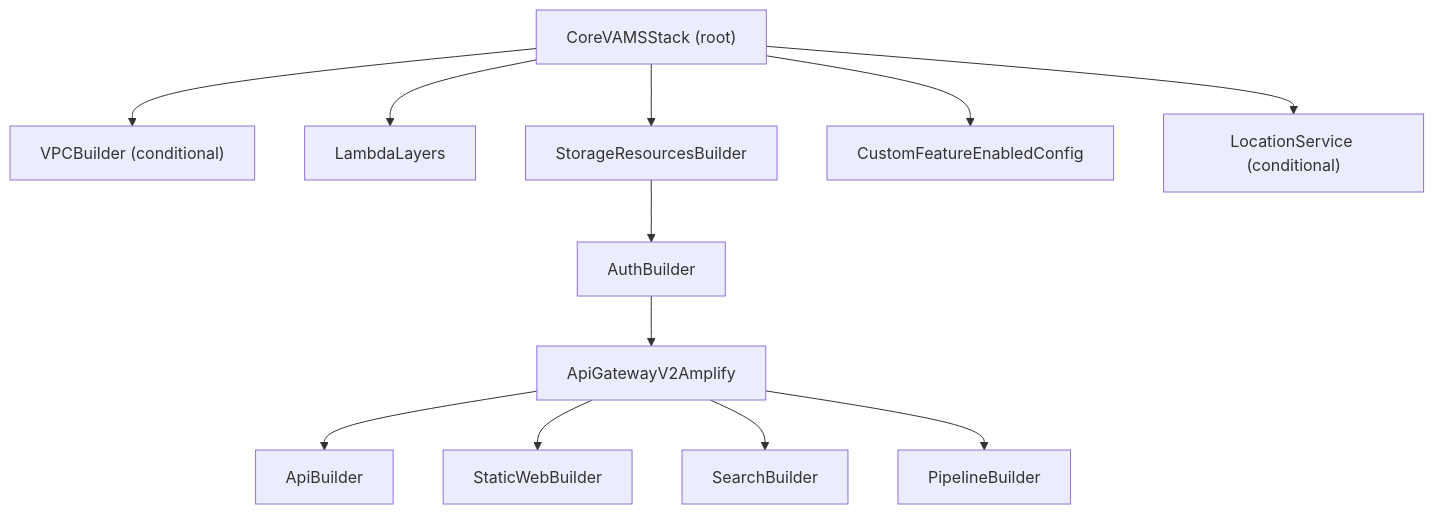
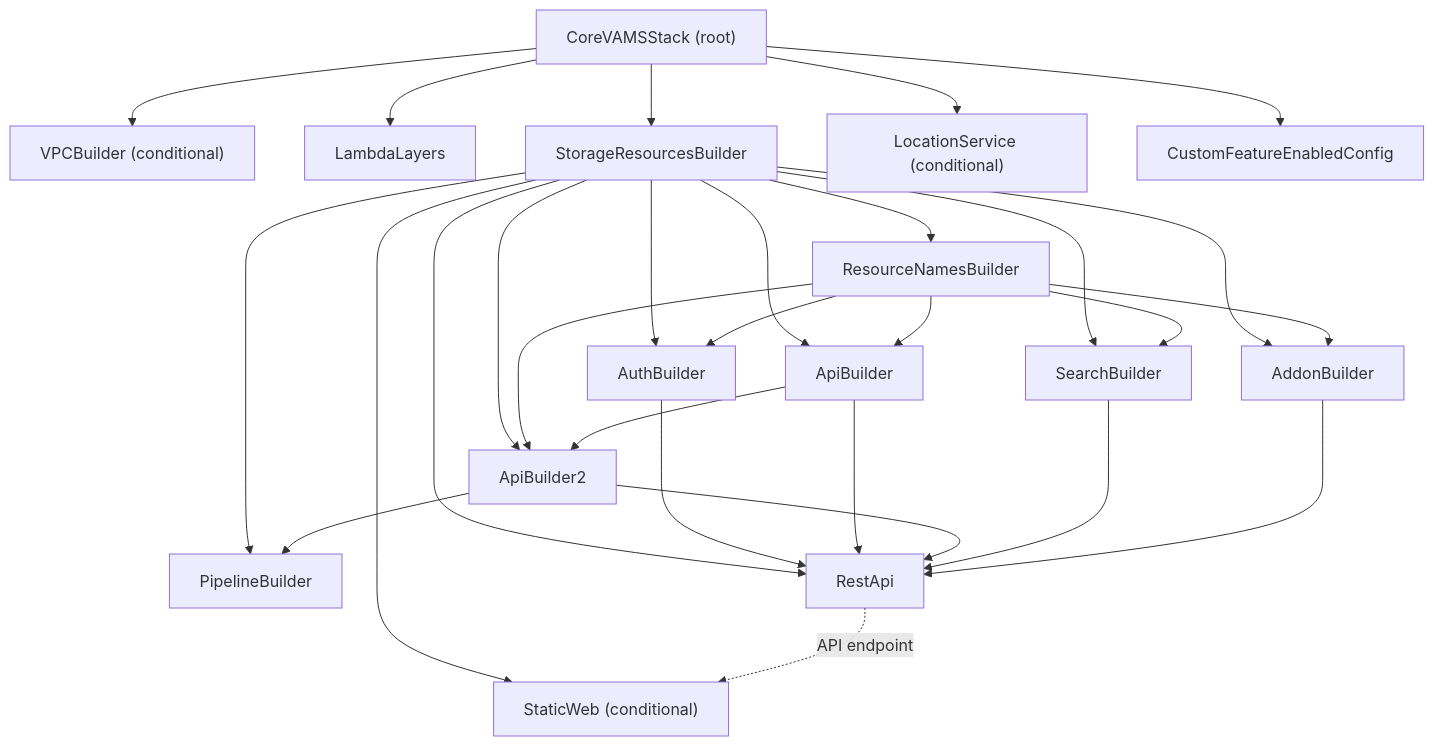
One commit to awslabs/visual-asset-management-system changed the diagram in documentation/docusaurus-site/docs/developer/cdk.md. Above: the diagram before and after it, drawn with Mermaid. The commit also changed other lines of this file and 221 other files, not shown here.

````diff
--- a/documentation/docusaurus-site/docs/developer/cdk.md
+++ b/documentation/docusaurus-site/docs/developer/cdk.md
@@ -22,27 +24,46 @@
 ```mermaid
 graph TD
     Core["CoreVAMSStack (root)"]
     VPC["VPCBuilder (conditional)"]
     Layers["LambdaLayers"]
     Storage["StorageResourcesBuilder"]
+    Names["ResourceNamesBuilder"]
     Auth["AuthBuilder"]
-    ApiGw["ApiGatewayV2Amplify"]
     Api["ApiBuilder"]
-    Web["StaticWebBuilder"]
+    Api2["ApiBuilder2"]
     Search["SearchBuilder"]
     Pipeline["PipelineBuilder"]
+    Addon["AddonBuilder"]
+    Rest["RestApi"]
+    Web["StaticWeb (conditional)"]
+    Location["LocationService (conditional)"]
     Feature["CustomFeatureEnabledConfig"]
-    Location["LocationService (conditional)"]
 
     Core --> VPC
     Core --> Layers
     Core --> Storage
-    Storage --> Auth
-    Auth --> ApiGw
-    ApiGw --> Api
-    ApiGw --> Web
-    ApiGw --> Search
-    ApiGw --> Pipeline
     Core --> Location
     Core --> Feature
+    Storage --> Names
+    Storage --> Auth
+    Names --> Auth
+    Storage --> Api
+    Names --> Api
+    Storage --> Api2
+    Names --> Api2
+    Api --> Api2
+    Storage --> Search
+    Names --> Search
+    Storage --> Pipeline
+    Api2 --> Pipeline
+    Storage --> Addon
+    Names --> Addon
+    Storage --> Rest
+    Auth --> Rest
+    Api --> Rest
+    Api2 --> Rest
+    Search --> Rest
+    Addon --> Rest
+    Storage --> Web
+    Rest -.->|API endpoint| Web
 ```
````
